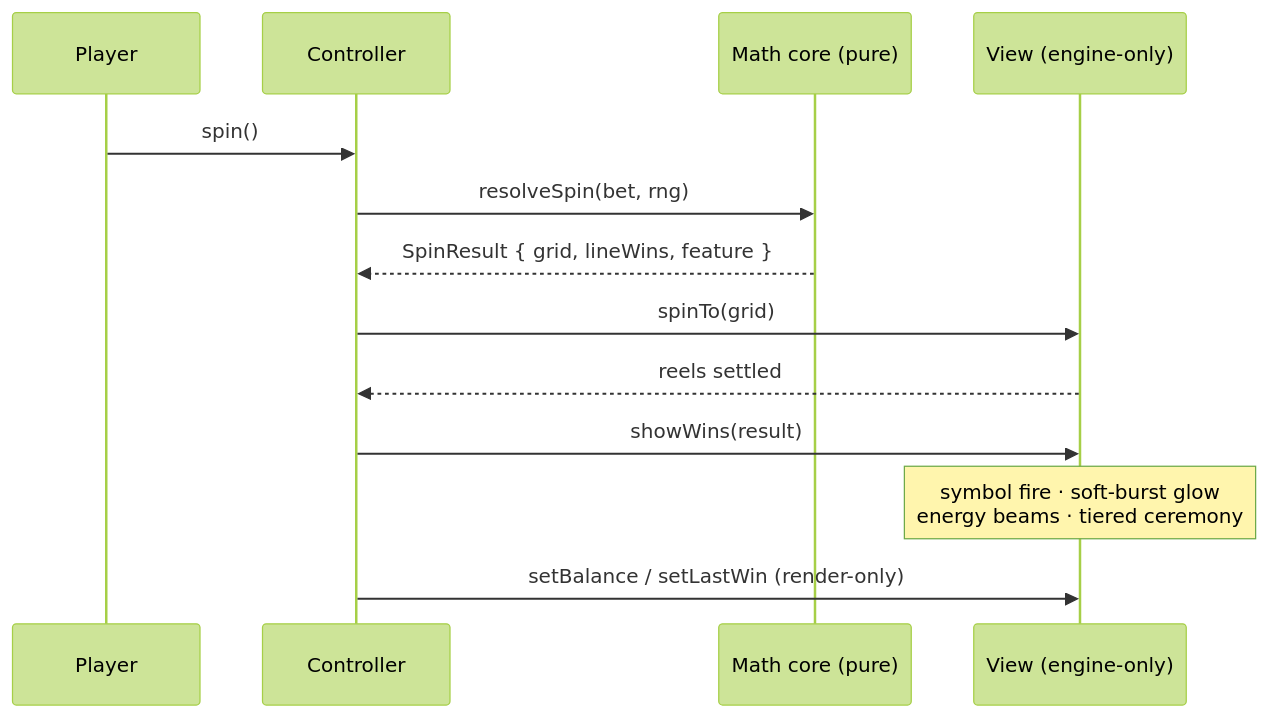
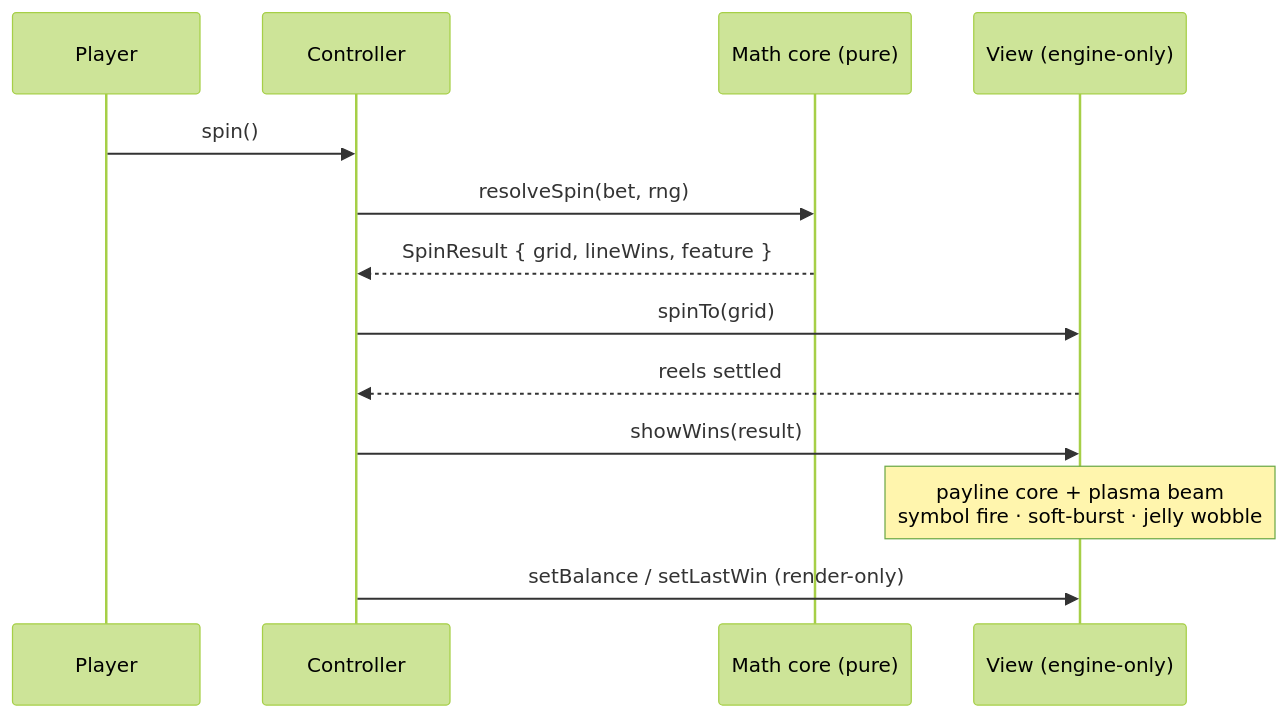
One commit to EdgarHovsepyan/artest-brainrocket-task changed the second of 2 diagrams in README.md. Above: the diagram before and after it, drawn with Mermaid (forest theme). The commit also changed other lines of this file and 11 other files, not shown here.

First line of the commit message:
vfx: final polish — gold payline core, full-bleed reels, dramatic ceremony

````diff
--- a/README.md
+++ b/README.md
@@ -95,15 +96,15 @@
 ```mermaid
 sequenceDiagram
     participant U as Player
     participant C as Controller
     participant M as Math core (pure)
     participant V as View (engine-only)
     U->>C: spin()
     C->>M: resolveSpin(bet, rng)
     M-->>C: SpinResult { grid, lineWins, feature }
     C->>V: spinTo(grid)
     V-->>C: reels settled
     C->>V: showWins(result)
-    Note over V: symbol fire · soft-burst glow<br/>energy beams · tiered ceremony
+    Note over V: payline core + plasma beam<br/>symbol fire · soft-burst · jelly wobble
     C->>V: setBalance / setLastWin (render-only)
 ```
````
